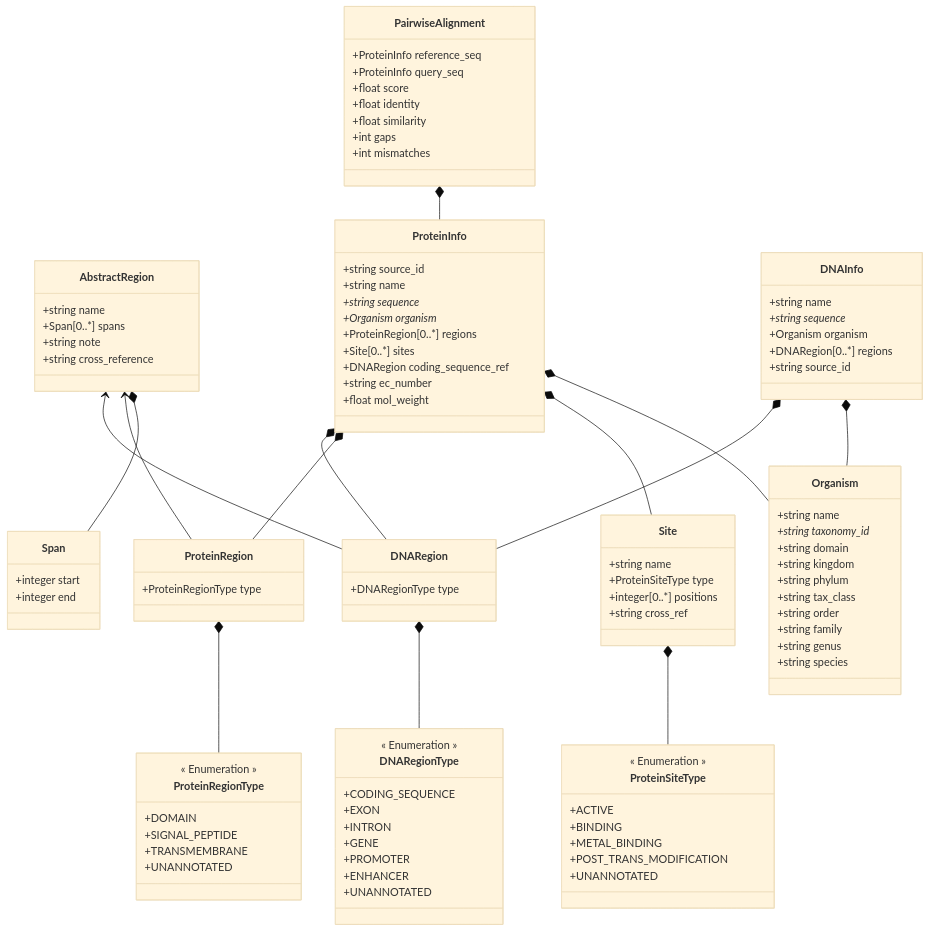
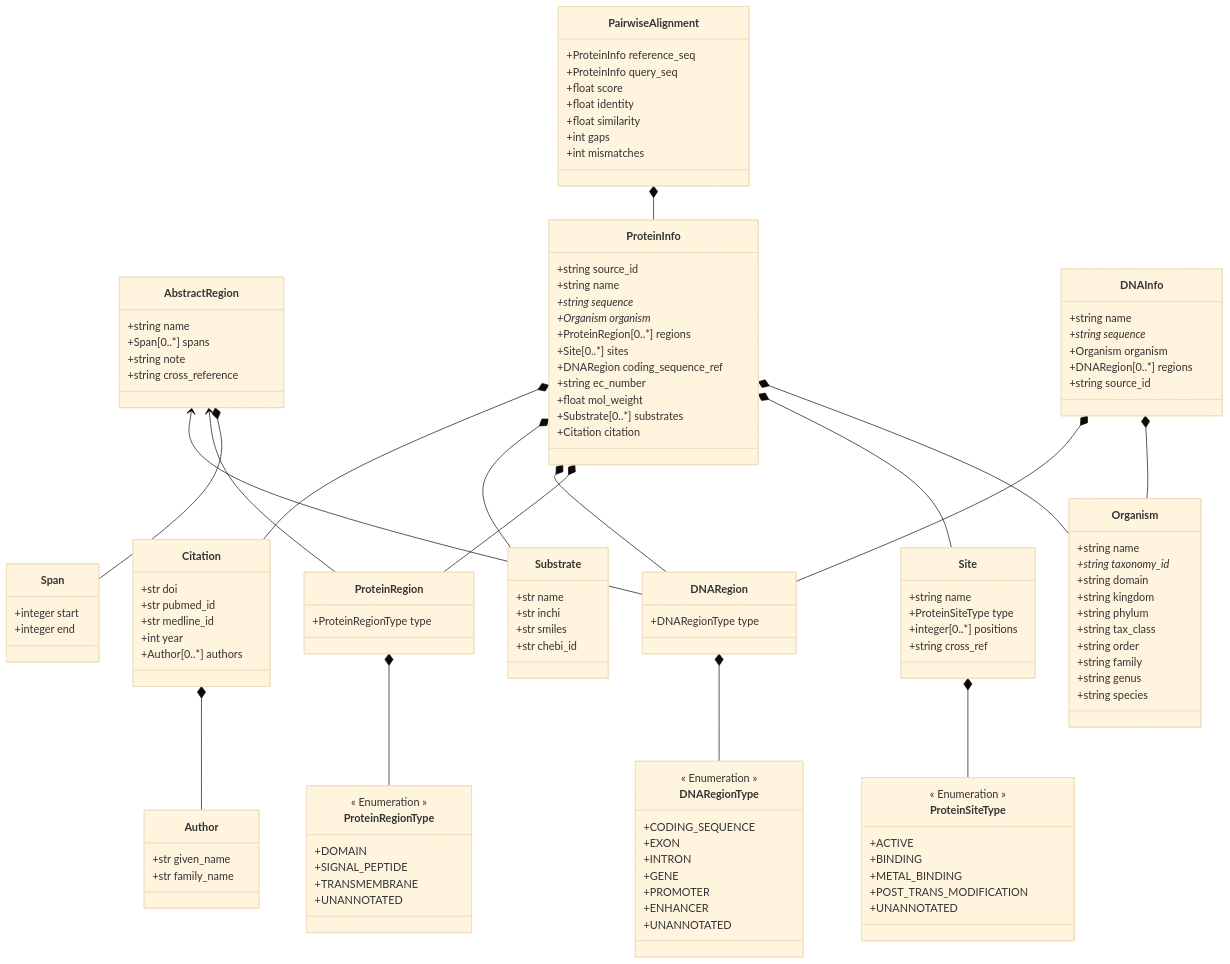
Before and after one commit to PyEED/pyeed: the diagram in pyEED/schemes/pyeed_schema.md, drawn with Mermaid (base theme). The commit also changed 12 other files, not shown here.

First line of the commit message:
Substrate citation dm (#29)

```diff
--- a/pyEED/schemes/pyeed_schema.md
+++ b/pyEED/schemes/pyeed_schema.md
@@ -2,6 +2,8 @@
 classDiagram
     AbstractRegion <-- DNARegion
     AbstractRegion <-- ProteinRegion
+    ProteinInfo *-- Citation
+    ProteinInfo *-- Substrate
     ProteinInfo *-- DNARegion
     ProteinInfo *-- ProteinRegion
     ProteinInfo *-- Site
@@ -9,6 +11,7 @@
     DNAInfo *-- DNARegion
     DNAInfo *-- Organism
     AbstractRegion *-- Span
+    Citation *-- Author
     DNARegion *-- DNARegionType
     ProteinRegion *-- ProteinRegionType
     Site *-- ProteinSiteType
@@ -24,6 +27,8 @@
         +DNARegion coding_sequence_ref
         +string ec_number
         +float mol_weight
+        +Substrate[0..*] substrates
+        +Citation citation
     }
     
     class DNAInfo {
@@ -39,6 +44,26 @@
         +Span[0..*] spans
         +string note
         +string cross_reference
+    }
+    
+    class Citation {
+        +str doi
+        +str pubmed_id
+        +str medline_id
+        +int year
+        +Author[0..*] authors
+    }
+    
+    class Author {
+        +str given_name
+        +str family_name
+    }
+    
+    class Substrate {
+        +str name
+        +str inchi
+        +str smiles
+        +str chebi_id
     }
     
     class DNARegion {
```
